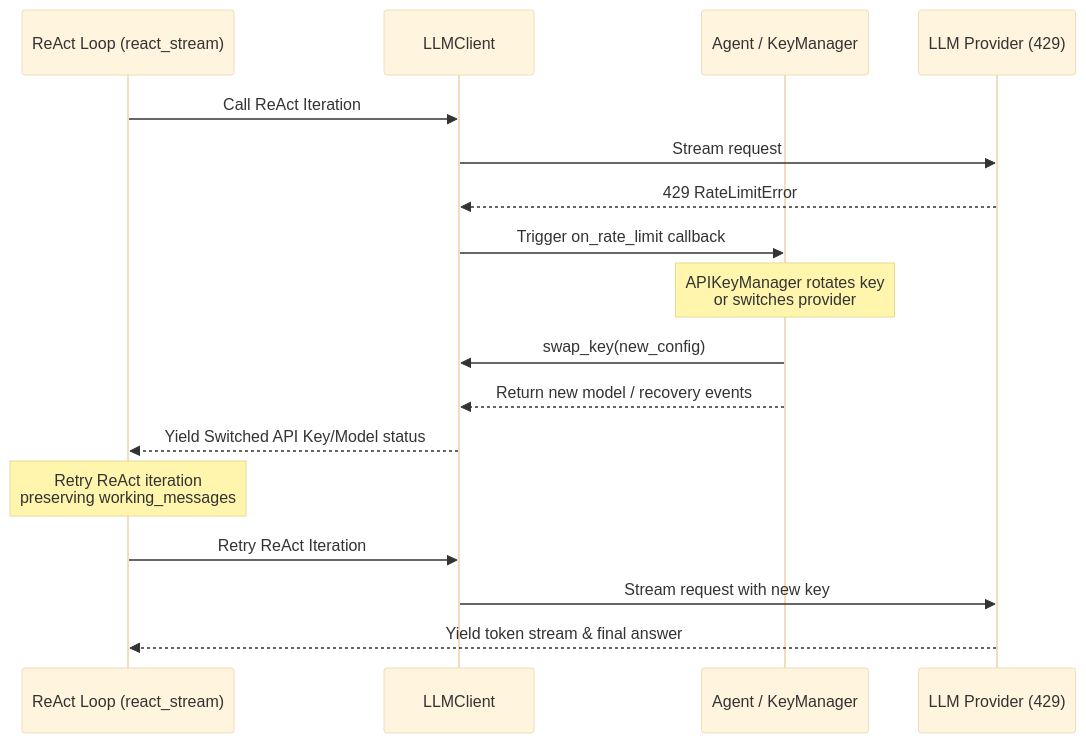
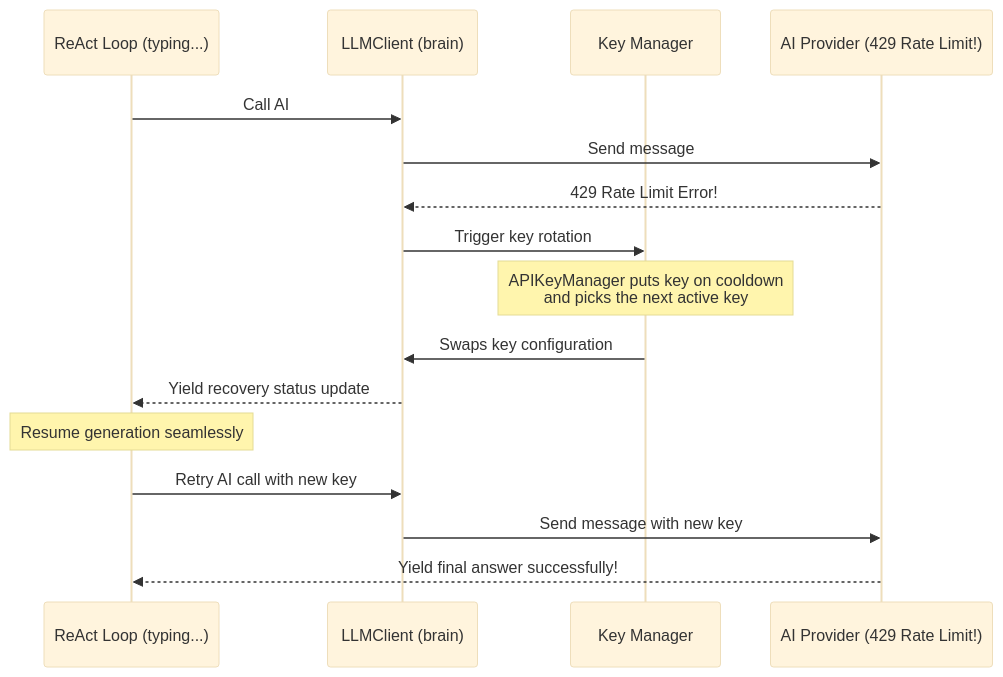
The diagram in docs/configuration.md (kayesFerdous/agens), drawn with Mermaid (base theme) before and after one commit. The commit also changed other lines of this file and 5 other files, not shown here.

````diff
--- a/docs/configuration.md
+++ b/docs/configuration.md
@@ -81,20 +72,19 @@
-   ```mermaid
-   sequenceDiagram
-       participant R as ReAct Loop (react_stream)
-       participant C as LLMClient
-       participant A as Agent / KeyManager
-       participant LLM as LLM Provider (429)
+```mermaid
+sequenceDiagram
+    participant R as ReAct Loop (typing...)
+    participant C as LLMClient (brain)
+    participant A as Key Manager
+    participant LLM as AI Provider (429 Rate Limit!)
 
-       R->>C: Call ReAct Iteration
-       C->>LLM: Stream request
-       LLM-->>C: 429 RateLimitError
-       C->>A: Trigger on_rate_limit callback
-       Note over A: APIKeyManager rotates key<br/>or switches provider
-       A->>C: swap_key(new_config)
-       A-->>C: Return new model / recovery events
-       C-->>R: Yield Switched API Key/Model status
-       Note over R: Retry ReAct iteration<br/>preserving working_messages
-       R->>C: Retry ReAct Iteration
-       C->>LLM: Stream request with new key
-       LLM-->>R: Yield token stream & final answer
-   ```
+    R->>C: Call AI
+    C->>LLM: Send message
+    LLM-->>C: 429 Rate Limit Error!
+    C->>A: Trigger key rotation
+    Note over A: APIKeyManager puts key on cooldown<br/>and picks the next active key
+    A->>C: Swaps key configuration
+    C-->>R: Yield recovery status update
+    Note over R: Resume generation seamlessly
+    R->>C: Retry AI call with new key
+    C->>LLM: Send message with new key
+    LLM-->>R: Yield final answer successfully!
+```
````
